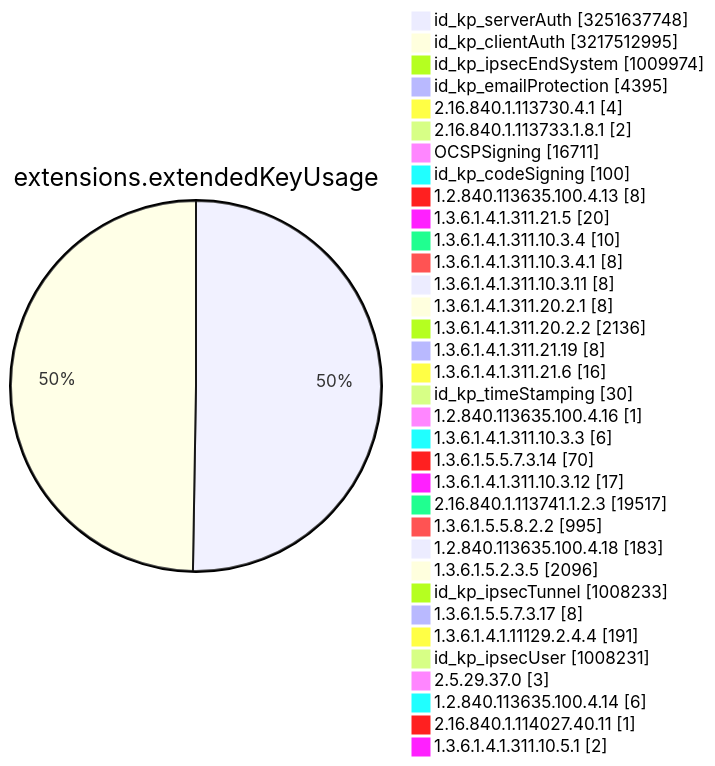
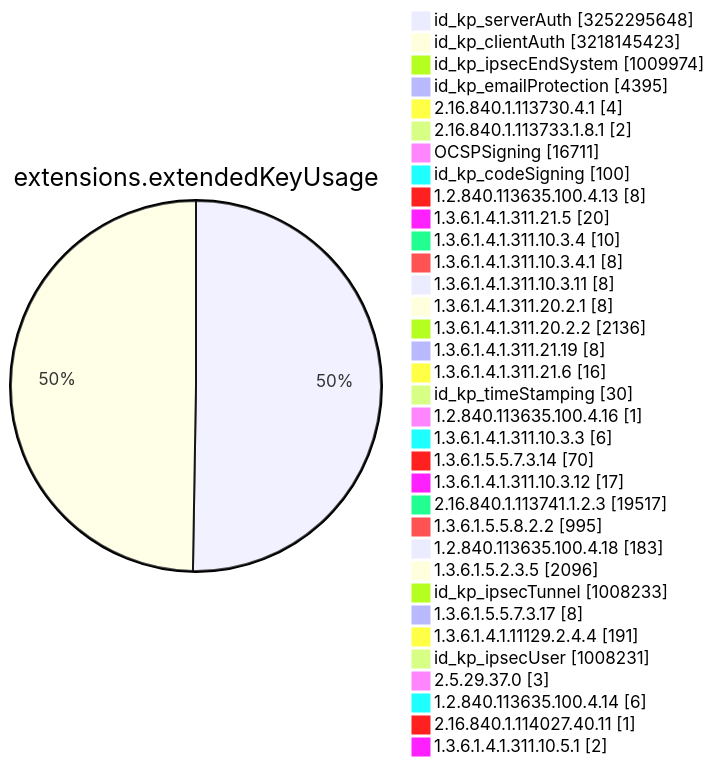
Before and after one commit to christiankrug/ctmonitor_visualization: diagram 11 of 15 in TOTAL/README.md, drawn with Mermaid. The commit also changed other lines of this file, not shown here.

````diff
--- a/TOTAL/README.md
+++ b/TOTAL/README.md
@@ -4119,38 +4119,38 @@
 ```mermaid
 pie showData
 title extensions.extendedKeyUsage
-"id_kp_serverAuth" :3251637748
-"id_kp_clientAuth" :3217512995
+"id_kp_serverAuth" :3252295648
+"id_kp_clientAuth" :3218145423
 "id_kp_ipsecEndSystem" :1009974
 "id_kp_emailProtection" :4395
 "2.16.840.1.113730.4.1" :4
 "2.16.840.1.113733.1.8.1" :2
 "OCSPSigning" :16711
 "id_kp_codeSigning" :100
 "1.2.840.113635.100.4.13" :8
 "1.3.6.1.4.1.311.21.5" :20
 "1.3.6.1.4.1.311.10.3.4" :10
 "1.3.6.1.4.1.311.10.3.4.1" :8
 "1.3.6.1.4.1.311.10.3.11" :8
 "1.3.6.1.4.1.311.20.2.1" :8
 "1.3.6.1.4.1.311.20.2.2" :2136
 "1.3.6.1.4.1.311.21.19" :8
 "1.3.6.1.4.1.311.21.6" :16
 "id_kp_timeStamping" :30
 "1.2.840.113635.100.4.16" :1
 "1.3.6.1.4.1.311.10.3.3" :6
 "1.3.6.1.5.5.7.3.14" :70
 "1.3.6.1.4.1.311.10.3.12" :17
 "2.16.840.1.113741.1.2.3" :19517
 "1.3.6.1.5.5.8.2.2" :995
 "1.2.840.113635.100.4.18" :183
 "1.3.6.1.5.2.3.5" :2096
 "id_kp_ipsecTunnel" :1008233
 "1.3.6.1.5.5.7.3.17" :8
 "1.3.6.1.4.1.11129.2.4.4" :191
 "id_kp_ipsecUser" :1008231
 "2.5.29.37.0" :3
 "1.2.840.113635.100.4.14" :6
 "2.16.840.1.114027.40.11" :1
 "1.3.6.1.4.1.311.10.5.1" :2
 ```
````
